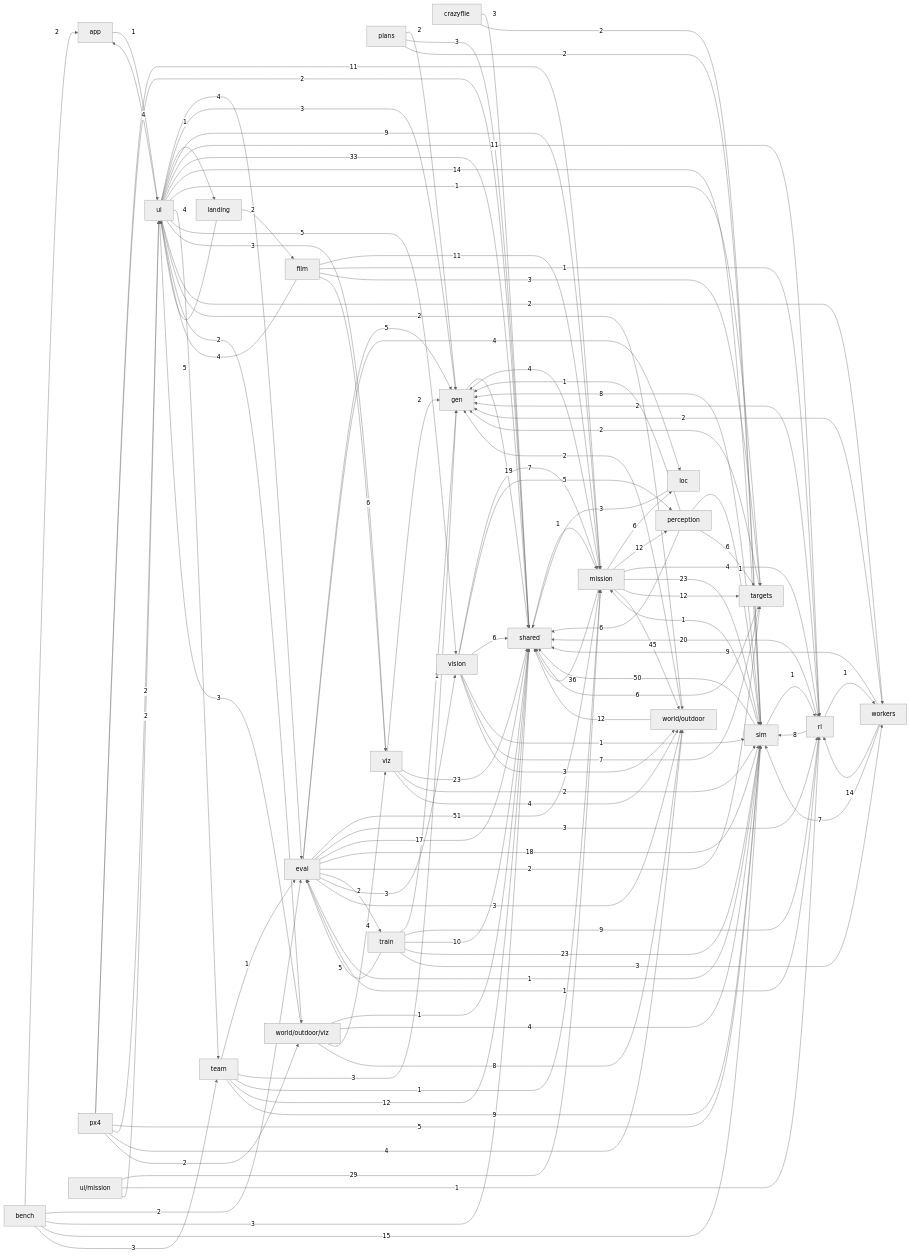
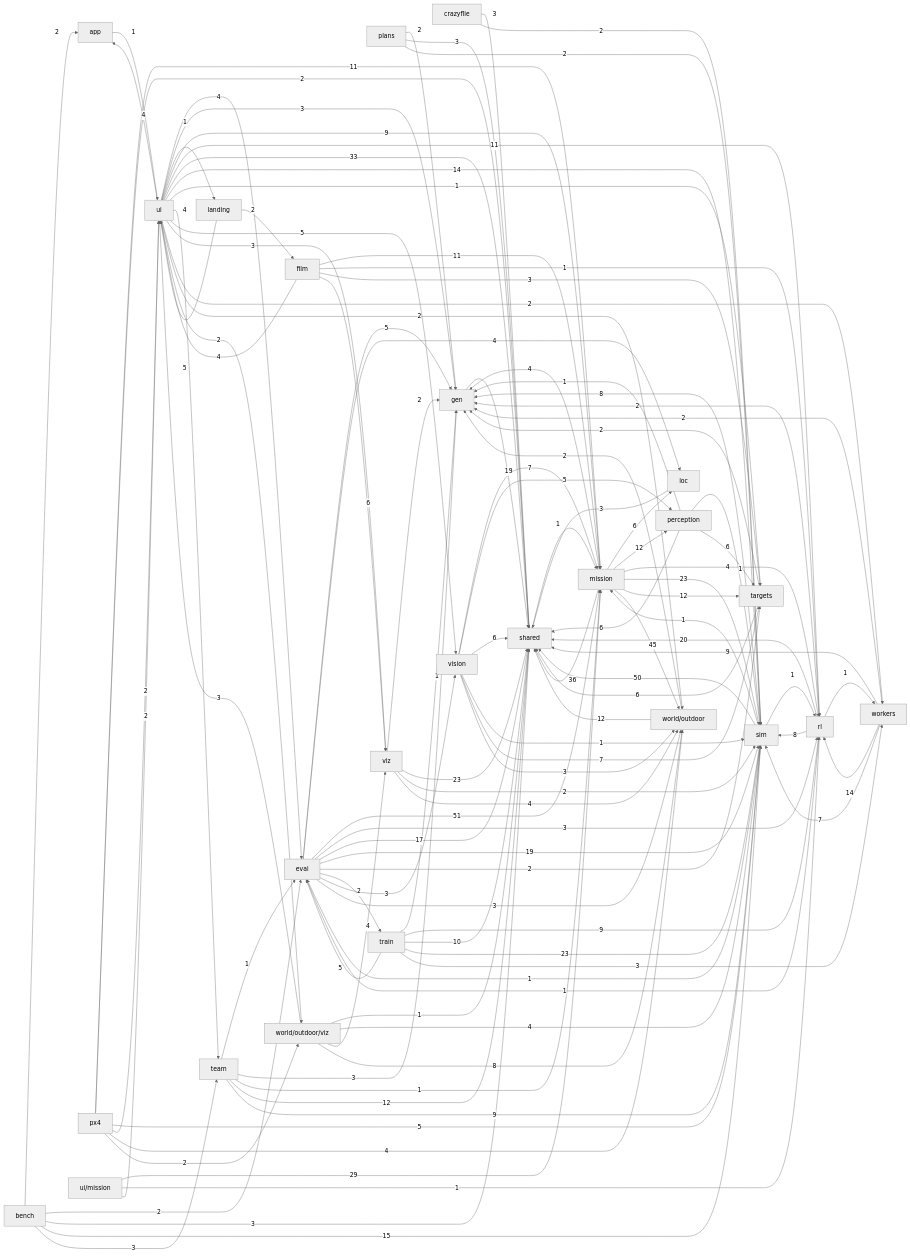
Before and after one commit to alexnieves-cs/frontier-fly: the second of 2 diagrams in docs/ARCHITECTURE.md, drawn with Mermaid (neutral theme). The commit also changed other lines of this file and 25 other files, not shown here.

```diff
--- a/docs/ARCHITECTURE.md
+++ b/docs/ARCHITECTURE.md
@@ -116,7 +116,7 @@
   eval -->|51| mission
   eval -->|3| rl
   eval -->|17| shared
-  eval -->|18| sim
+  eval -->|19| sim
   eval -->|2| targets
   eval -->|2| train
   eval -->|3| vision
```
